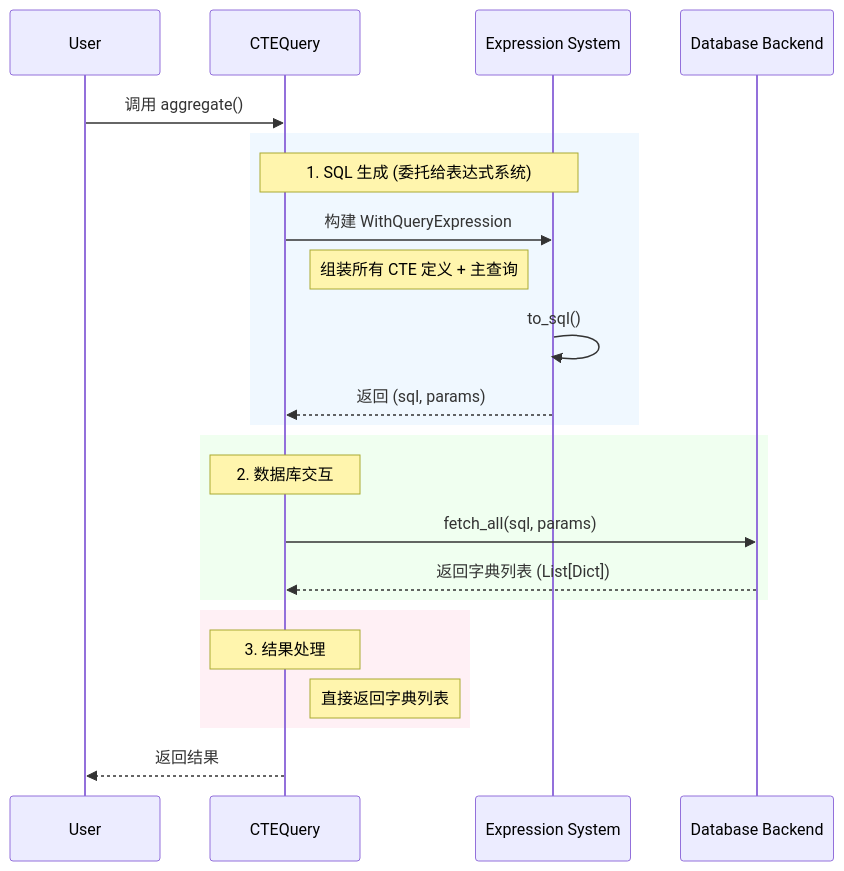
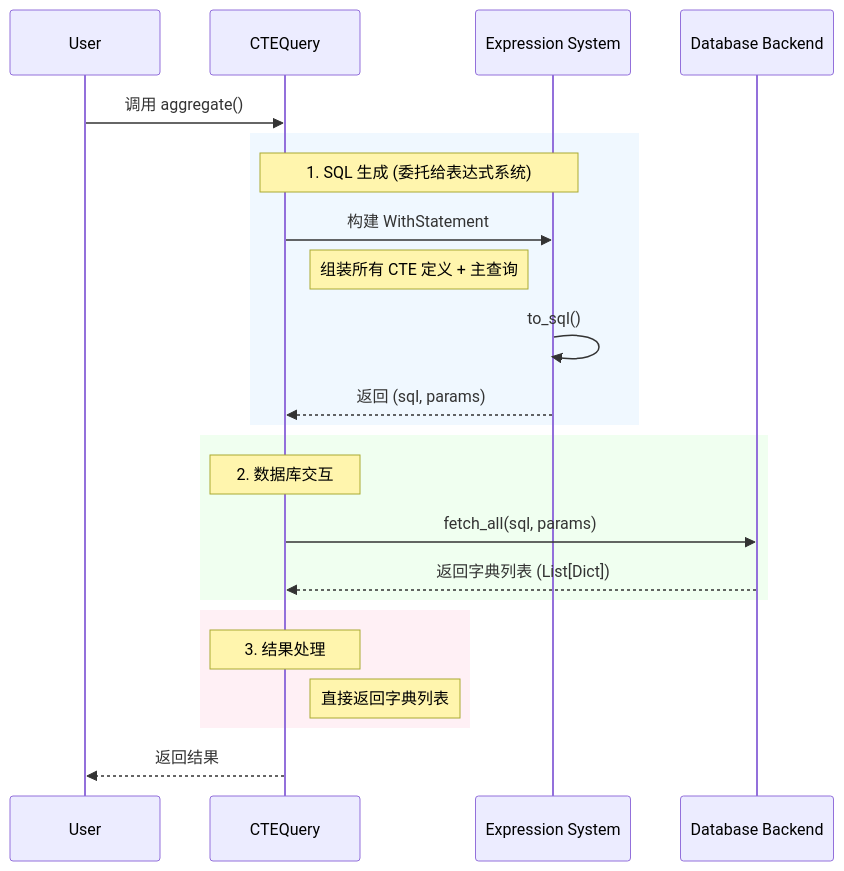
Before and after one commit to rhosocial/python-activerecord: the diagram in docs/zh_CN/querying/cte_query.md, drawn with Mermaid. The commit also changed 26 other files, not shown here.

````diff
--- a/docs/zh_CN/querying/cte_query.md
+++ b/docs/zh_CN/querying/cte_query.md
@@ -91,30 +91,30 @@
 ```mermaid
 sequenceDiagram
     participant User
     participant Query as CTEQuery
     participant Expr as Expression System
     participant Backend as Database Backend
 
     User->>Query: 调用 aggregate()
     
     rect rgb(240, 248, 255)
         Note over Query, Expr: 1. SQL 生成 (委托给表达式系统)
-        Query->>Expr: 构建 WithQueryExpression
+        Query->>Expr: 构建 WithStatement
         Note right of Query: 组装所有 CTE 定义 + 主查询
         Expr->>Expr: to_sql()
         Expr-->>Query: 返回 (sql, params)
     end
 
     rect rgb(240, 255, 240)
         Note over Query: 2. 数据库交互
         Query->>Backend: fetch_all(sql, params)
         Backend-->>Query: 返回字典列表 (List[Dict])
     end
 
     rect rgb(255, 240, 245)
         Note over Query: 3. 结果处理
         Note right of Query: 直接返回字典列表
     end
 
     Query-->>User: 返回结果
 ```
````
